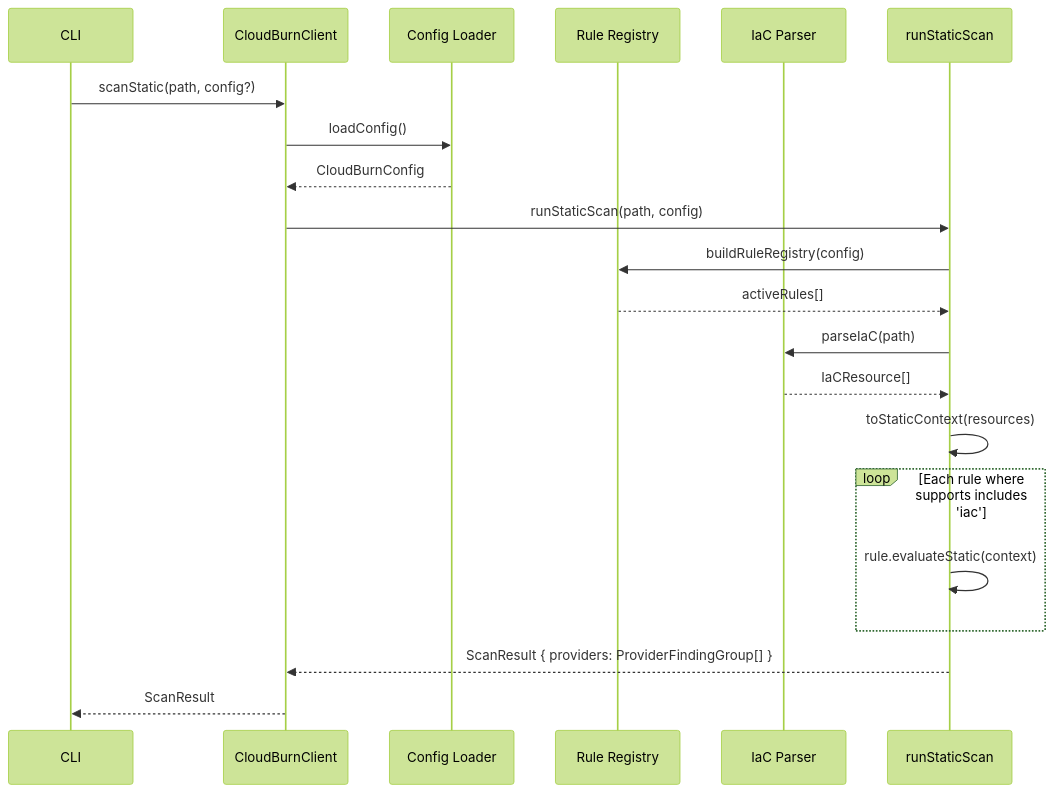
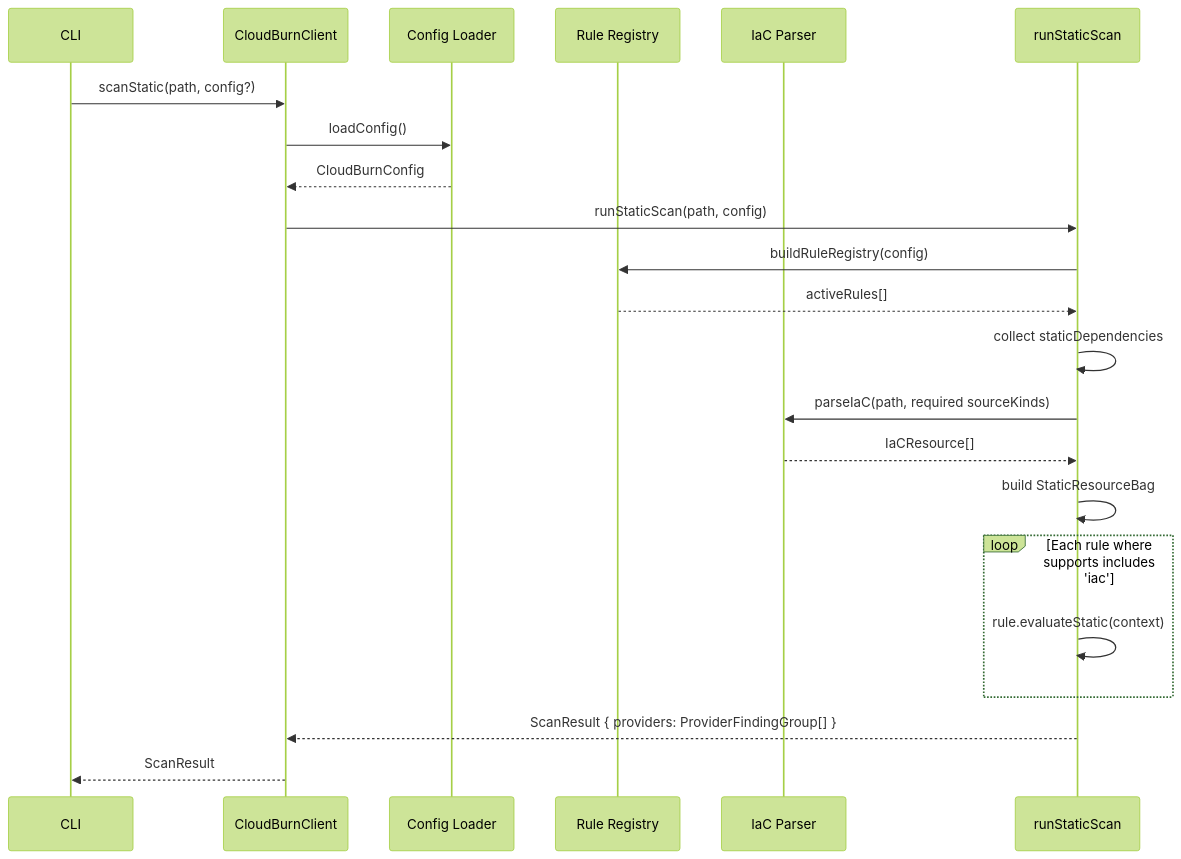
One commit to towardsthecloud/cloudburn changed the second of 3 diagrams in docs/ARCHITECTURE.md. Above: the diagram before and after it, drawn with Mermaid (forest theme). The commit also changed other lines of this file and 37 other files, not shown here.

````diff
--- a/docs/ARCHITECTURE.md
+++ b/docs/ARCHITECTURE.md
@@ -19,24 +19,25 @@
 ```mermaid
 sequenceDiagram
   participant CLI
   participant Scanner as CloudBurnClient
   participant Config as Config Loader
   participant Registry as Rule Registry
   participant Parser as IaC Parser
   participant Engine as runStaticScan
 
   CLI->>Scanner: scanStatic(path, config?)
   Scanner->>Config: loadConfig()
   Config-->>Scanner: CloudBurnConfig
   Scanner->>Engine: runStaticScan(path, config)
   Engine->>Registry: buildRuleRegistry(config)
   Registry-->>Engine: activeRules[]
-  Engine->>Parser: parseIaC(path)
+  Engine->>Engine: collect staticDependencies
+  Engine->>Parser: parseIaC(path, required sourceKinds)
   Parser-->>Engine: IaCResource[]
-  Engine->>Engine: toStaticContext(resources)
+  Engine->>Engine: build StaticResourceBag
   loop Each rule where supports includes 'iac'
     Engine->>Engine: rule.evaluateStatic(context)
   end
   Engine-->>Scanner: ScanResult { providers: ProviderFindingGroup[] }
   Scanner-->>CLI: ScanResult
 ```
````
